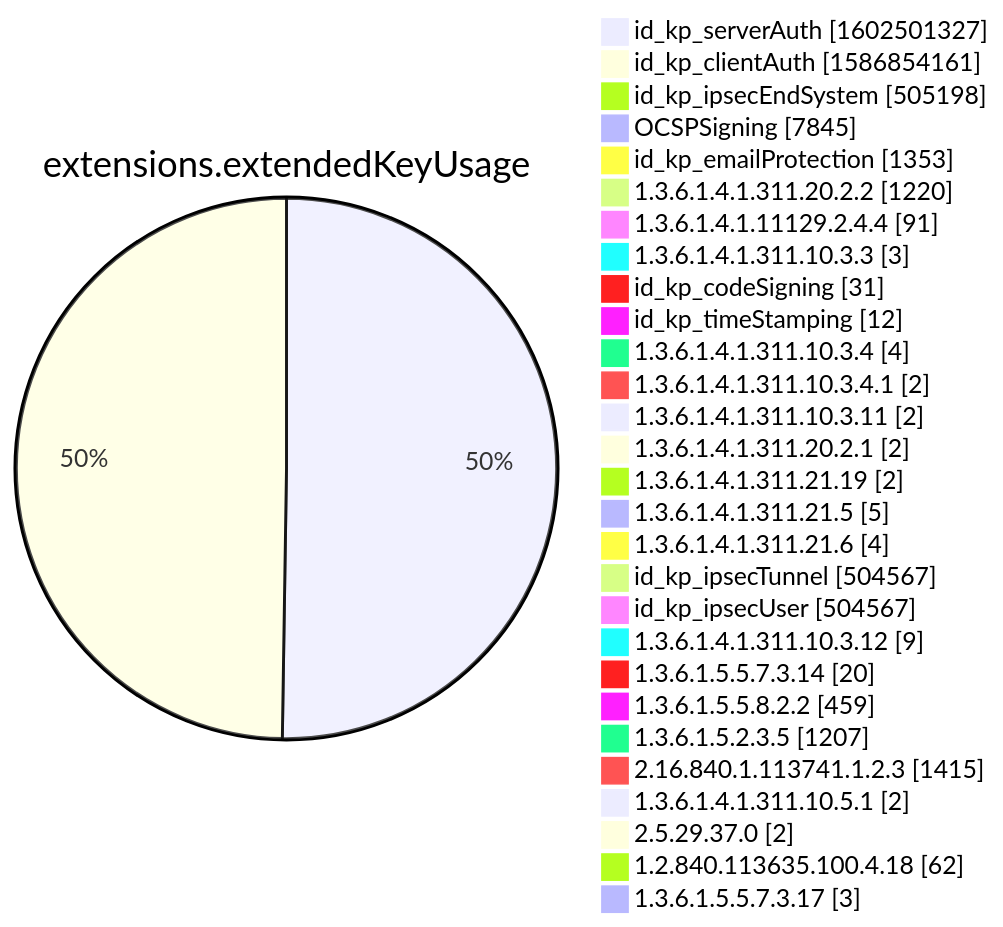
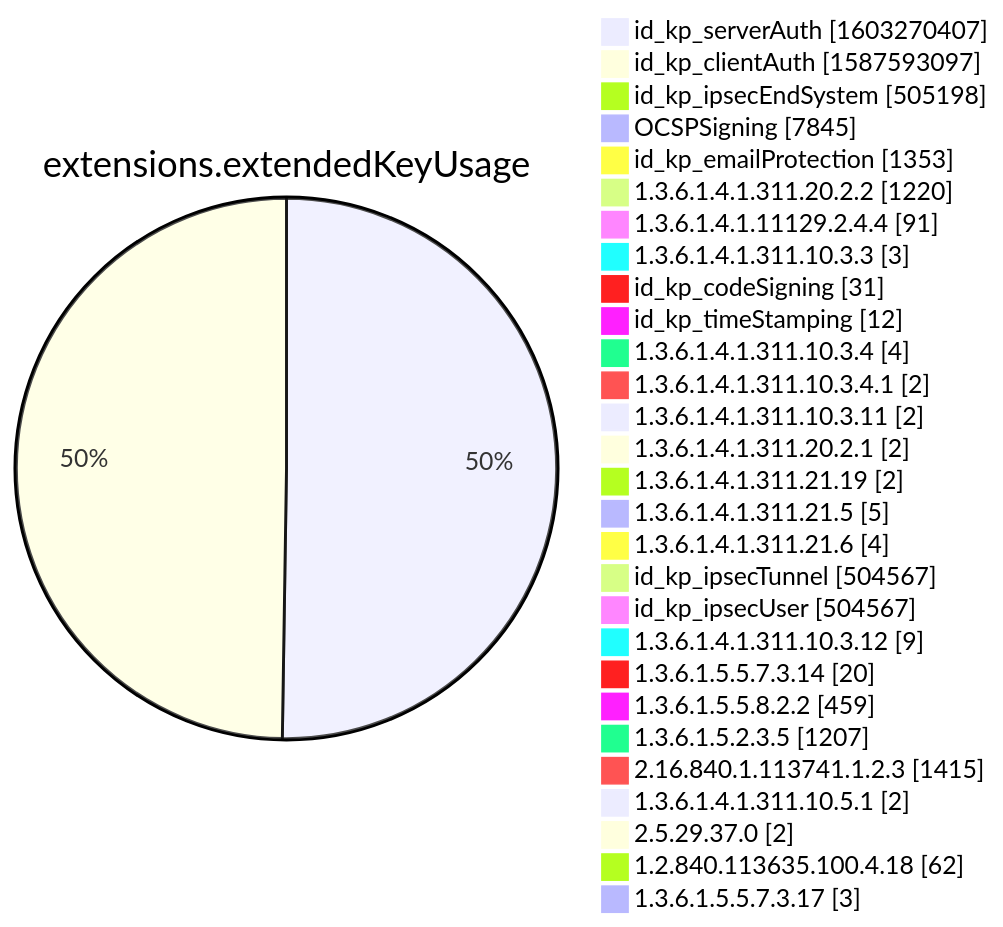
One commit to christiankrug/ctmonitor_visualization changed diagram 12 of 15 in xenon2022/README.md. Above: the diagram before and after it, drawn with Mermaid. The commit also changed other lines of this file, not shown here.

````diff
--- a/xenon2022/README.md
+++ b/xenon2022/README.md
@@ -3885,32 +3885,32 @@
 ```mermaid
 pie showData
 title extensions.extendedKeyUsage
-"id_kp_serverAuth" :1602501327
-"id_kp_clientAuth" :1586854161
+"id_kp_serverAuth" :1603270407
+"id_kp_clientAuth" :1587593097
 "id_kp_ipsecEndSystem" :505198
 "OCSPSigning" :7845
 "id_kp_emailProtection" :1353
 "1.3.6.1.4.1.311.20.2.2" :1220
 "1.3.6.1.4.1.11129.2.4.4" :91
 "1.3.6.1.4.1.311.10.3.3" :3
 "id_kp_codeSigning" :31
 "id_kp_timeStamping" :12
 "1.3.6.1.4.1.311.10.3.4" :4
 "1.3.6.1.4.1.311.10.3.4.1" :2
 "1.3.6.1.4.1.311.10.3.11" :2
 "1.3.6.1.4.1.311.20.2.1" :2
 "1.3.6.1.4.1.311.21.19" :2
 "1.3.6.1.4.1.311.21.5" :5
 "1.3.6.1.4.1.311.21.6" :4
 "id_kp_ipsecTunnel" :504567
 "id_kp_ipsecUser" :504567
 "1.3.6.1.4.1.311.10.3.12" :9
 "1.3.6.1.5.5.7.3.14" :20
 "1.3.6.1.5.5.8.2.2" :459
 "1.3.6.1.5.2.3.5" :1207
 "2.16.840.1.113741.1.2.3" :1415
 "1.3.6.1.4.1.311.10.5.1" :2
 "2.5.29.37.0" :2
 "1.2.840.113635.100.4.18" :62
 "1.3.6.1.5.5.7.3.17" :3
 ```
````
